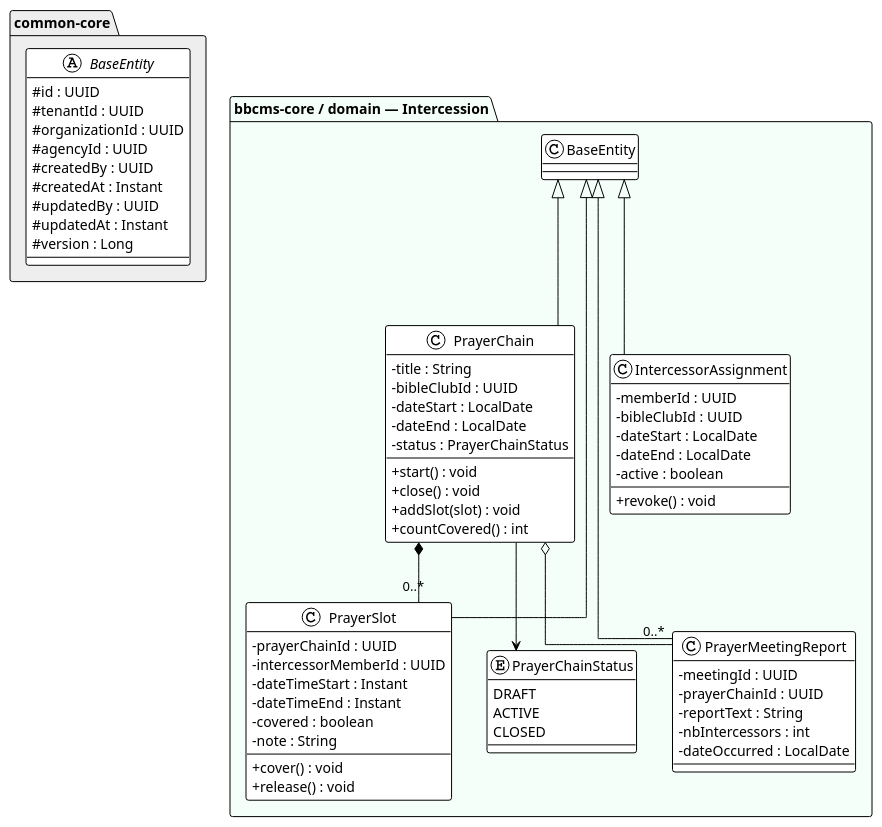
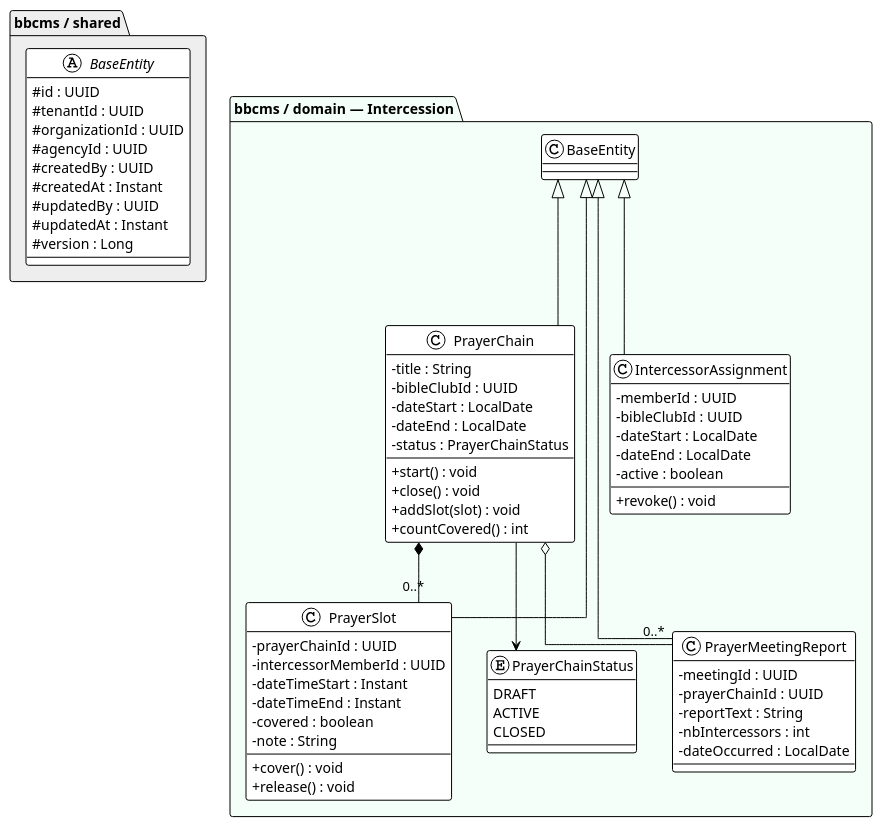
The diagram in bbcms/diagrams/dc-intercession.puml (TF-Jordan/CairTech), drawn with PlantUML before and after one commit. The commit also changed 34 other files, not shown here.

```diff
--- a/bbcms/diagrams/dc-intercession.puml
+++ b/bbcms/diagrams/dc-intercession.puml
@@ -1,73 +1,73 @@
 @startuml dc-intercession
 !theme plain
 skinparam classAttributeIconSize 0
 skinparam linetype ortho
 
-package "common-core" #EEEEEE {
+package "bbcms / shared" #EEEEEE {
     abstract class BaseEntity {
         # id : UUID
         # tenantId : UUID
         # organizationId : UUID
         # agencyId : UUID
         # createdBy : UUID
         # createdAt : Instant
         # updatedBy : UUID
         # updatedAt : Instant
         # version : Long
     }
 }
 
-package "bbcms-core / domain — Intercession" #F5FFFA {
+package "bbcms / domain — Intercession" #F5FFFA {
 
     class PrayerChain extends BaseEntity {
         - title : String
         - bibleClubId : UUID
         - dateStart : LocalDate
         - dateEnd : LocalDate
         - status : PrayerChainStatus
         + start() : void
         + close() : void
         + addSlot(slot) : void
         + countCovered() : int
     }
 
     class PrayerSlot extends BaseEntity {
         - prayerChainId : UUID
         - intercessorMemberId : UUID
         - dateTimeStart : Instant
         - dateTimeEnd : Instant
         - covered : boolean
         - note : String
         + cover() : void
         + release() : void
     }
 
     class IntercessorAssignment extends BaseEntity {
         - memberId : UUID
         - bibleClubId : UUID
         - dateStart : LocalDate
         - dateEnd : LocalDate
         - active : boolean
         + revoke() : void
     }
 
     class PrayerMeetingReport extends BaseEntity {
         - meetingId : UUID
         - prayerChainId : UUID
         - reportText : String
         - nbIntercessors : int
         - dateOccurred : LocalDate
     }
 
     enum PrayerChainStatus {
         DRAFT
         ACTIVE
         CLOSED
     }
 
     PrayerChain *-- "0..*" PrayerSlot
     PrayerChain o-- "0..*" PrayerMeetingReport
     PrayerChain --> PrayerChainStatus
 }
 
 @enduml
```
